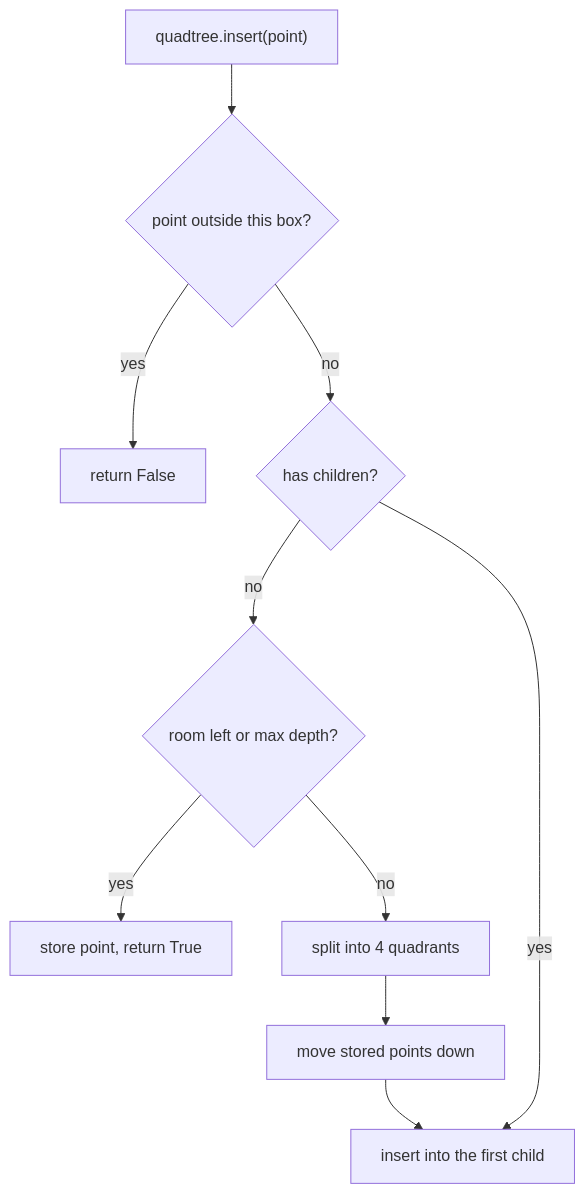
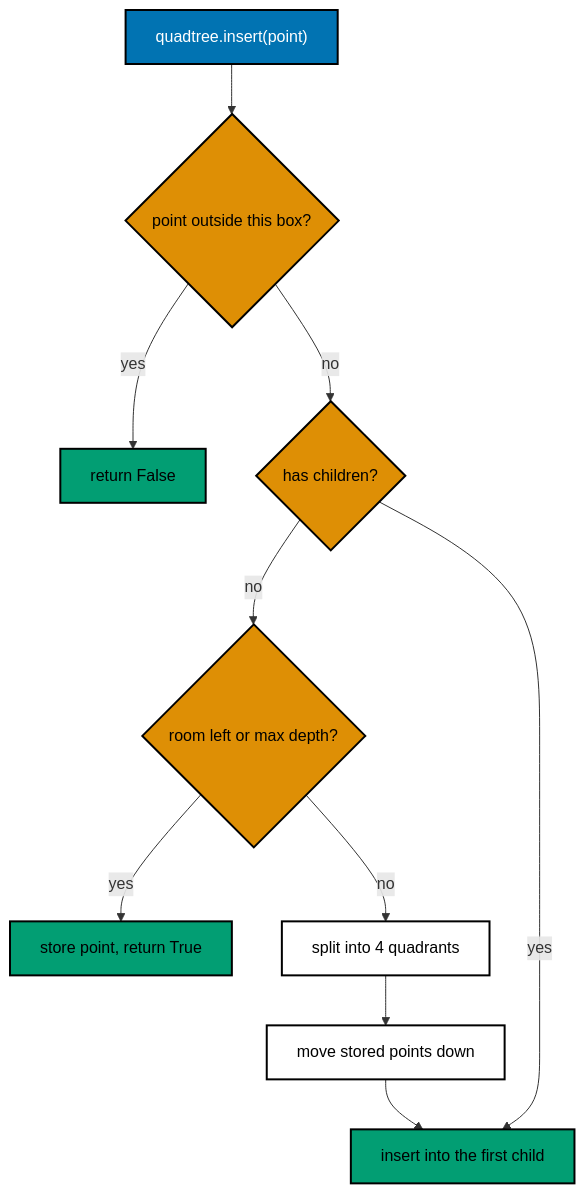
One commit to wahidyankf/grind-in-public changed the first of 3 diagrams in drill/system-design-algos/in-python/algo_18_geohash_quadtree.md. Above: the diagram before and after it, drawn with Mermaid. The commit also changed other lines of this file and 22 other files, not shown here.

First line of the commit message:
docs: use accessible palette in mermaid diagrams

````diff
--- a/drill/system-design-algos/in-python/algo_18_geohash_quadtree.md
+++ b/drill/system-design-algos/in-python/algo_18_geohash_quadtree.md
@@ -52,16 +52,23 @@
 ```mermaid
 flowchart TD
   accTitle: Quadtree insert
   accDescr {
     Shows how insert stores a point, or splits a full box and passes the point down.
   }
   A["quadtree.insert(point)"] --> B{point outside this box?}
   B -->|yes| C[return False]
   B -->|no| D{has children?}
   D -->|no| E{room left or max depth?}
   E -->|yes| F["store point, return True"]
   E -->|no| G[split into 4 quadrants]
   G --> H[move stored points down]
   H --> I[insert into the first child]
   D -->|yes| I
+  classDef default fill:#FFFFFF,stroke:#000000,color:#000000,stroke-width:2px
+  classDef blue fill:#0173B2,stroke:#000000,color:#FFFFFF,stroke-width:2px
+  classDef orange fill:#DE8F05,stroke:#000000,color:#000000,stroke-width:2px
+  classDef teal fill:#029E73,stroke:#000000,color:#000000,stroke-width:2px
+  class B,D,E orange
+  class A blue
+  class C,F,I teal
 ```
````
